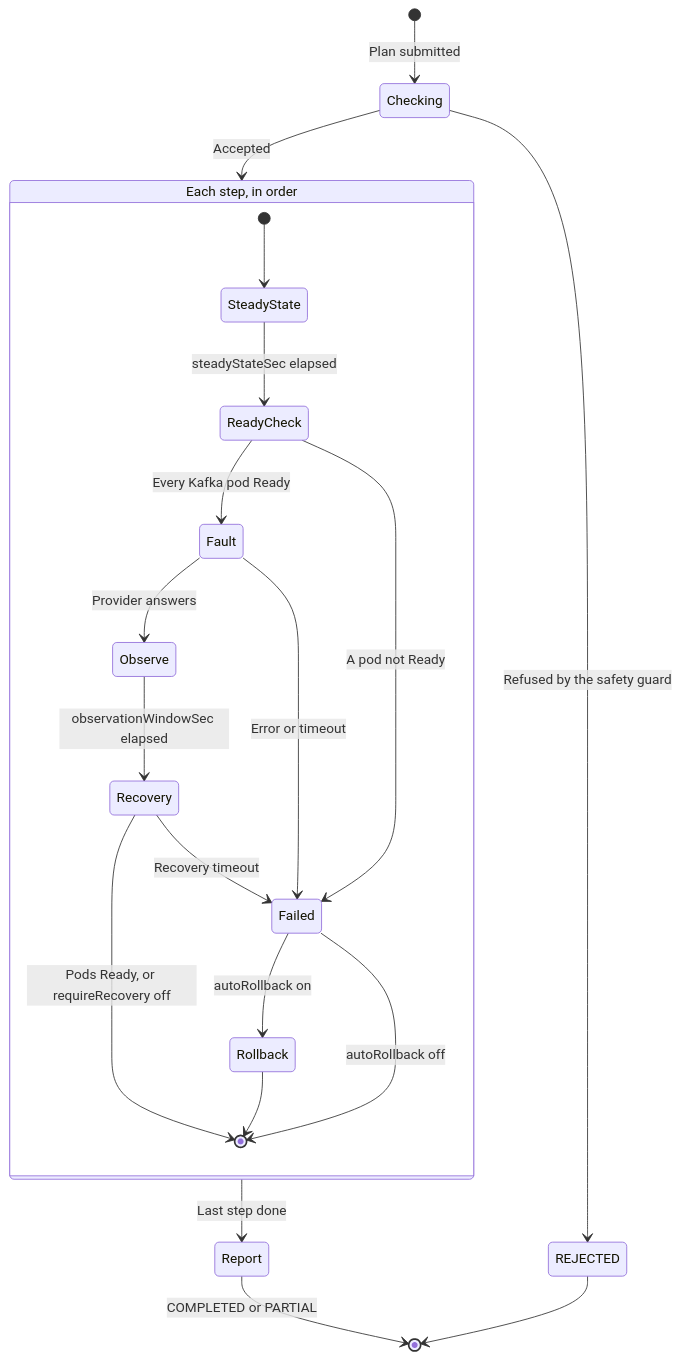
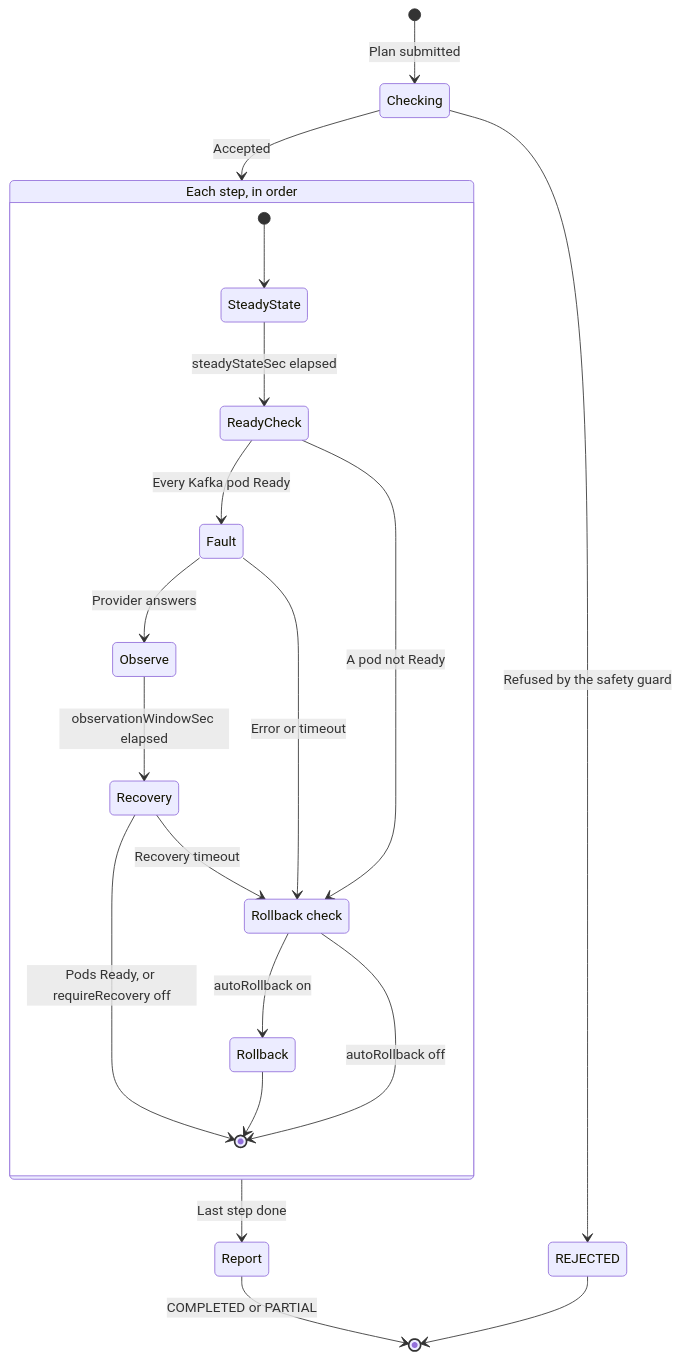
One commit to bmscomp/kates changed the eighth of 9 diagrams in docs/book/07-chaos-practice.md. Above: the diagram before and after it, drawn with Mermaid. The commit also changed other lines of this file and 1 other file, not shown here.

````diff
--- a/docs/book/07-chaos-practice.md
+++ b/docs/book/07-chaos-practice.md
@@ -734,27 +735,28 @@
 ```mermaid
 %%| label: fig-practice-lifecycle
-%%| fig-cap: "Kates checks a plan once, then runs its steps in order; a step that fails can roll back, and the plan still goes on to the next step."
-%%| fig-alt: "State diagram. A submitted plan is checked, and a refused plan ends as REJECTED. An accepted plan runs each step in order: a steady-state wait, a readiness check of every Kafka pod, the fault, the observation window, and a recovery wait when requireRecovery is on. A pod that is not Ready, an error or a recovery timeout sends the step to its failure path, which rolls back when autoRollback is on. After the last step Kates writes the report, graded when the plan has an sla block, and the plan ends COMPLETED or PARTIAL."
+%%| fig-cap: "Kates checks a plan once, then runs its steps in order; a step that fails or doesn't recover in time can roll back, and the plan still goes on to the next step."
+%%| fig-alt: "State diagram. A submitted plan is checked, and a refused plan ends as REJECTED. An accepted plan runs each step in order: a steady-state wait, a readiness check of every Kafka pod, the fault, the observation window, and a recovery wait when requireRecovery is on. A pod that is not Ready, an error, or a fault with no answer in time fails the step, and a recovery timeout leaves it unrecovered, though it still counts as passed when its fault went in. All three lead to a rollback check, which rolls the step back when autoRollback is on. After the last step Kates writes the report, graded when the plan has an sla block, and the plan ends COMPLETED or PARTIAL."
 stateDiagram-v2
     state "Each step, in order" as Steps
     [*] --> Checking: Plan submitted
     Checking --> REJECTED: Refused by the safety guard
     Checking --> Steps: Accepted
     state Steps {
+        state "Rollback check" as RollbackCheck
         [*] --> SteadyState
         SteadyState --> ReadyCheck: steadyStateSec elapsed
         ReadyCheck --> Fault: Every Kafka pod Ready
-        ReadyCheck --> Failed: A pod not Ready
+        ReadyCheck --> RollbackCheck: A pod not Ready
         Fault --> Observe: Provider answers
-        Fault --> Failed: Error or timeout
+        Fault --> RollbackCheck: Error or timeout
         Observe --> Recovery: observationWindowSec elapsed
         Recovery --> [*]: Pods Ready, or requireRecovery off
-        Recovery --> Failed: Recovery timeout
-        Failed --> Rollback: autoRollback on
-        Failed --> [*]: autoRollback off
+        Recovery --> RollbackCheck: Recovery timeout
+        RollbackCheck --> Rollback: autoRollback on
+        RollbackCheck --> [*]: autoRollback off
         Rollback --> [*]
     }
     Steps --> Report: Last step done
     Report --> [*]: COMPLETED or PARTIAL
     REJECTED --> [*]
 ```
````
